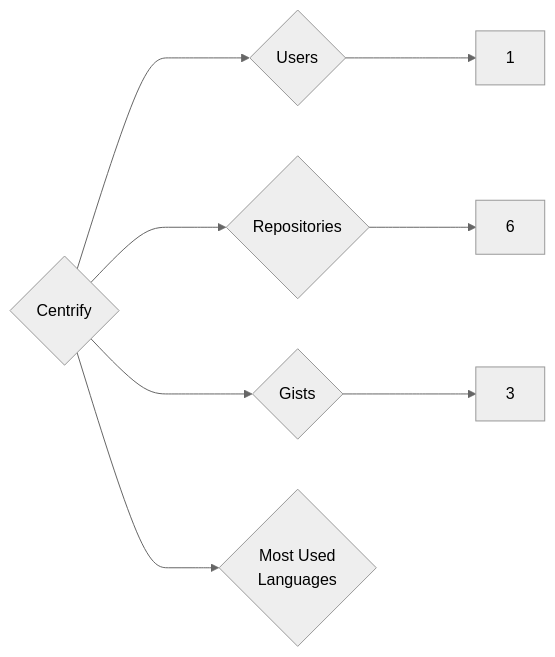
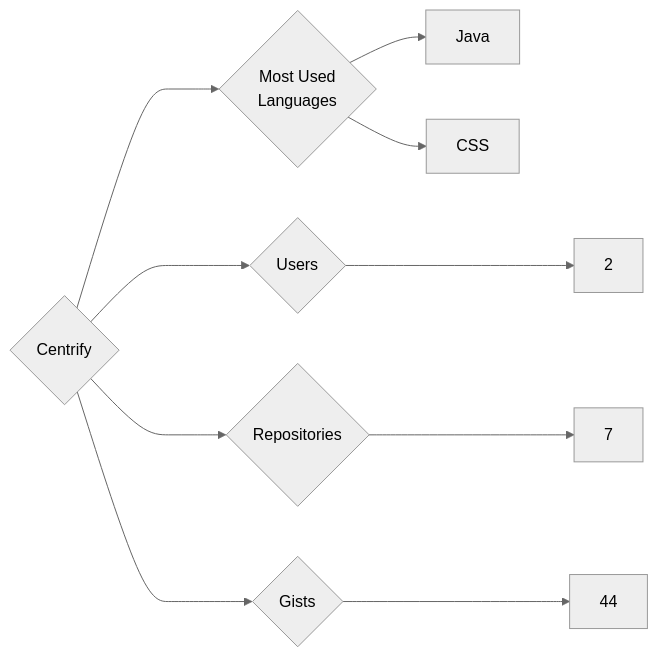
One commit to trickest/insiders changed the diagram in targets/Centrify/README.md. Above: the diagram before and after it, drawn with Mermaid (neutral theme). The commit also changed 614 other files, not shown here.

````diff
--- a/targets/Centrify/README.md
+++ b/targets/Centrify/README.md
@@ -3,8 +3,10 @@
 ```mermaid
 graph LR
 COMPANY_NAME{Centrify}
-COMPANY_NAME ---> U{Users} ---> UN[1]
-COMPANY_NAME ---> R{Repositories} ---> RN[6]
-COMPANY_NAME ---> G{Gists} ---> GN[3]
+COMPANY_NAME ---> U{Users} ---> UN[2]
+COMPANY_NAME ---> R{Repositories} ---> RN[7]
+COMPANY_NAME ---> G{Gists} ---> GN[44]
 COMPANY_NAME ---> ML{Most Used<br>Languages}
+ML --> Java[Java]
+ML --> CSS[CSS]
 ```
````
